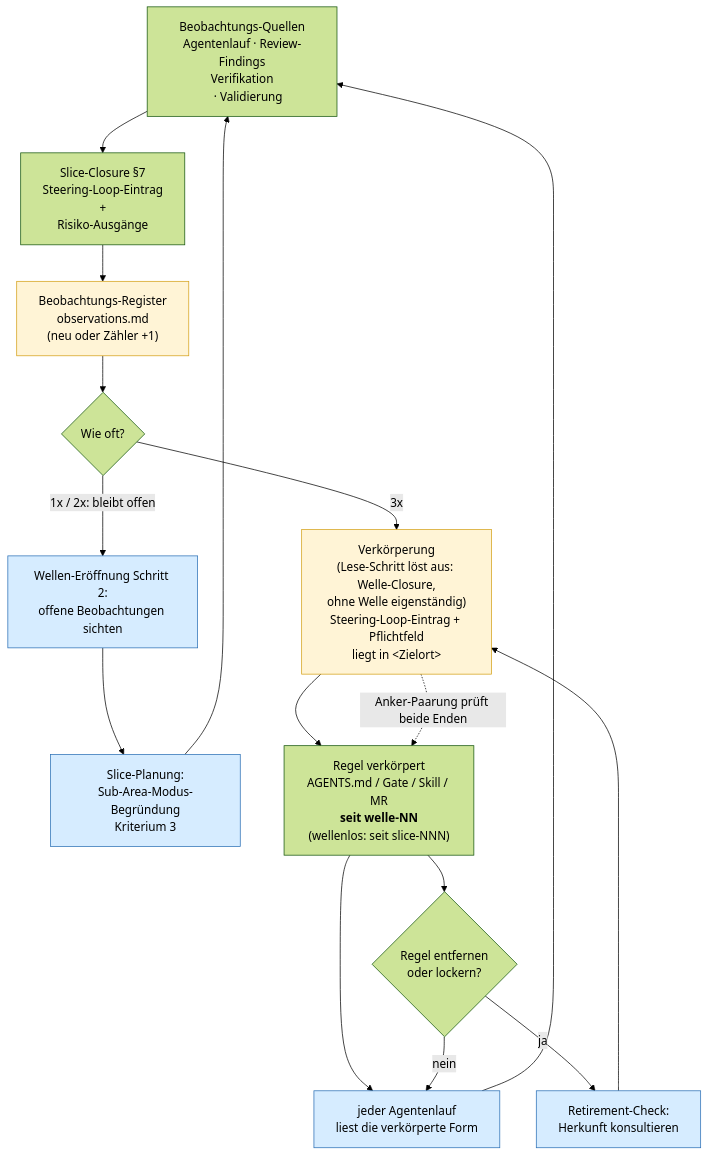
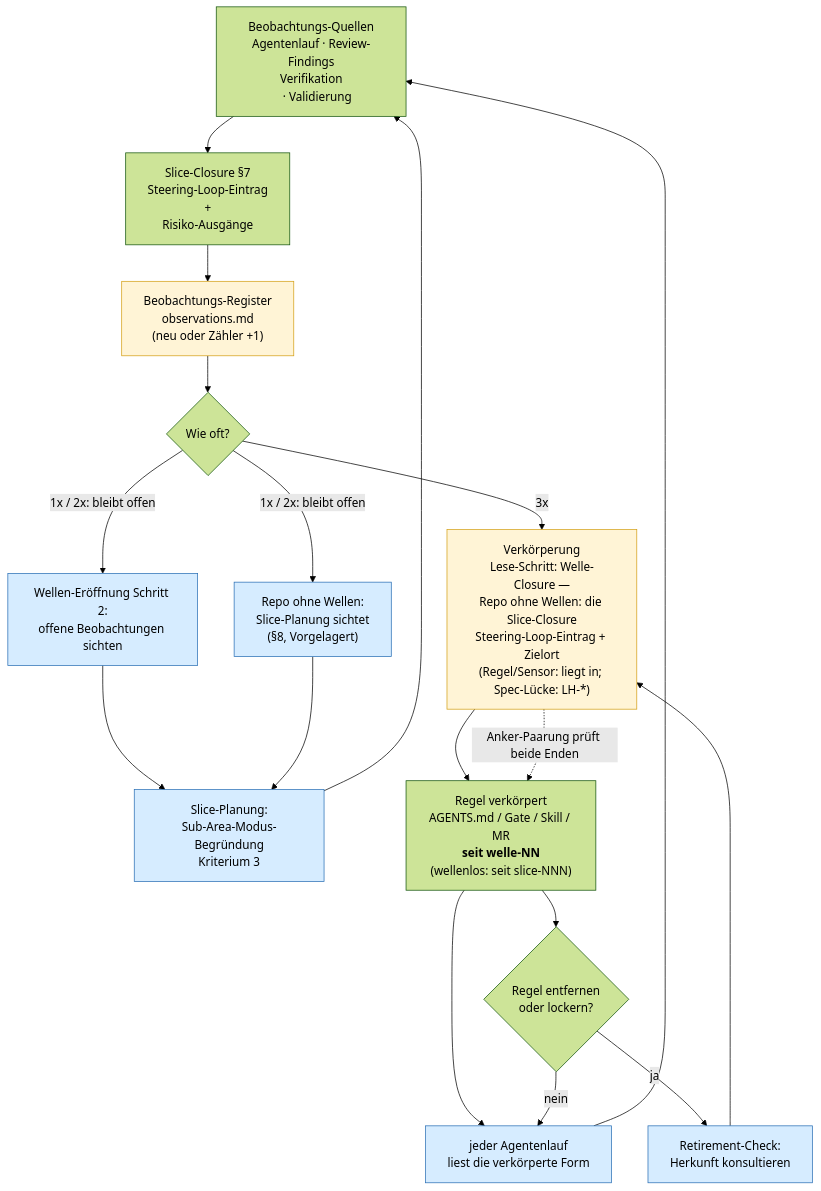
The fourth of 4 diagrams in kurs/de/grundlagen/konventionen.md (pt9912/ai-harness-course), drawn with Mermaid (forest theme) before and after one commit. The commit also changed other lines of this file and 28 other files, not shown here.

````diff
--- a/kurs/de/grundlagen/konventionen.md
+++ b/kurs/de/grundlagen/konventionen.md
@@ -906,29 +970,32 @@
 ```mermaid
 flowchart TB
     A["Beobachtungs-Quellen<br/>Agentenlauf · Review-Findings<br/>Verifikation
     · Validierung"] --> B["Slice-Closure §7<br/>Steering-Loop-Eintrag<br/>+
     Risiko-Ausgänge"]
     B --> V["Beobachtungs-Register<br/>observations.md<br/>(neu oder Zähler +1)"]
     V --> C{"Wie oft?"}
-    C -- "3x" --> E["Verkörperung<br/>(Lese-Schritt löst aus: Welle-Closure,<br/>ohne Welle eigenständig)<br/>Steering-Loop-Eintrag + Pflichtfeld<br/>liegt in &lt;Zielort&gt;"]
+    C -- "3x" --> E["Verkörperung<br/>Lese-Schritt: Welle-Closure —<br/>Repo ohne Wellen: die Slice-Closure<br/>Steering-Loop-Eintrag + Zielort<br/>(Regel/Sensor: liegt in; Spec-Lücke: LH-*)"]
 
     C -- "1x / 2x: bleibt offen" --> F["Wellen-Eröffnung Schritt 2:<br/>offene Beobachtungen sichten"]
+    C -- "1x / 2x: bleibt offen" --> F2["Repo ohne Wellen:<br/>Slice-Planung sichtet<br/>(§8, Vorgelagert)"]
     F --> G["Slice-Planung:<br/>Sub-Area-Modus-Begründung<br/>Kriterium 3"]
+    F2 --> G
     G --> A
 
     E --> H["Regel verkörpert<br/>AGENTS.md / Gate / Skill / MR<br/><b>seit welle-NN</b><br/>(wellenlos: seit slice-NNN)"]
     H --> I["jeder Agentenlauf<br/>liest die verkörperte Form"]
     I --> A
     E -. "Anker-Paarung prüft beide Enden" .-> H
     H --> J{"Regel entfernen<br/>oder lockern?"}
     J -- "ja" --> K["Retirement-Check:<br/>Herkunft konsultieren"]
     J -- "nein" --> I
     K --> E
 
     style V fill:#fff4d6,stroke:#d4a017
     style E fill:#fff4d6,stroke:#d4a017
     style F fill:#d6ecff,stroke:#2a6fb5
+    style F2 fill:#d6ecff,stroke:#2a6fb5
     style G fill:#d6ecff,stroke:#2a6fb5
     style I fill:#d6ecff,stroke:#2a6fb5
     style K fill:#d6ecff,stroke:#2a6fb5
 ```
````
